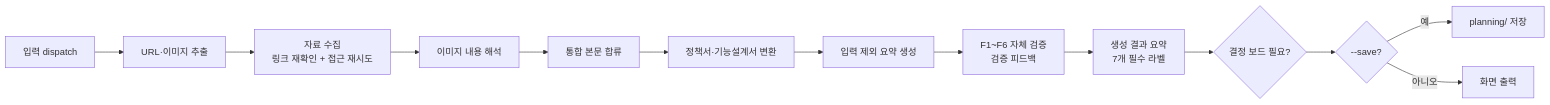
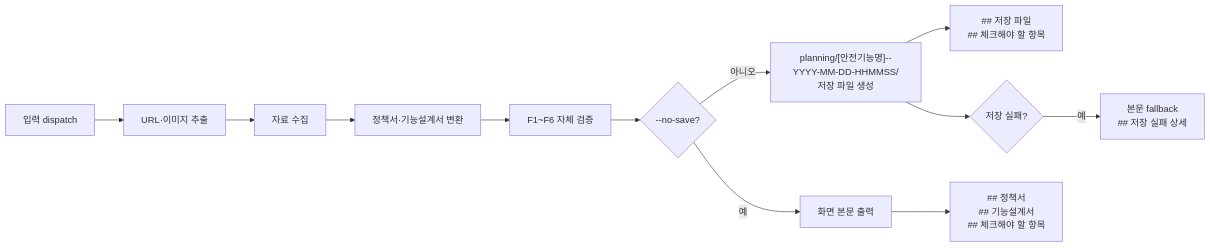
One commit to inkwonjung-colosseum/plugins changed the second of 4 diagrams in planning-kit/docs/planning-kit-workflow-guide.md. Above: the diagram before and after it, drawn with Mermaid. The commit also changed other lines of this file and 83 other files, not shown here.

````diff
--- a/planning-kit/docs/planning-kit-workflow-guide.md
+++ b/planning-kit/docs/planning-kit-workflow-guide.md
@@ -67,15 +41,14 @@
 ```mermaid
 flowchart LR
   A["입력 dispatch"] --> B["URL·이미지 추출"]
-  B --> C["자료 수집<br/>링크 재확인 + 접근 재시도"]
-  C --> D["이미지 내용 해석"]
-  D --> E["통합 본문 합류"]
-  E --> F["정책서·기능설계서 변환"]
-  F --> G["입력 제외 요약 생성"]
-  G --> H["F1~F6 자체 검증<br/>검증 피드백"]
-  H --> RS["생성 결과 요약<br/>7개 필수 라벨"]
-  RS --> DB{"결정 보드 필요?"}
-  DB --> I{"--save?"}
-  I -->|"예"| J["planning/ 저장"]
-  I -->|"아니오"| K["화면 출력"]
+  B --> C["자료 수집"]
+  C --> D["정책서·기능설계서 변환"]
+  D --> E["F1~F6 자체 검증"]
+  E --> F{"--no-save?"}
+  F -->|"아니오"| G["planning/[안전기능명]--YYYY-MM-DD-HHMMSS/<br/>저장 파일 생성"]
+  F -->|"예"| H["화면 본문 출력"]
+  G --> I["## 저장 파일<br/>## 체크해야 할 항목"]
+  H --> J["## 정책서<br/>## 기능설계서<br/>## 체크해야 할 항목"]
+  G --> K{"저장 실패?"}
+  K -->|"예"| L["본문 fallback<br/>## 저장 실패 상세"]
 ```
````
